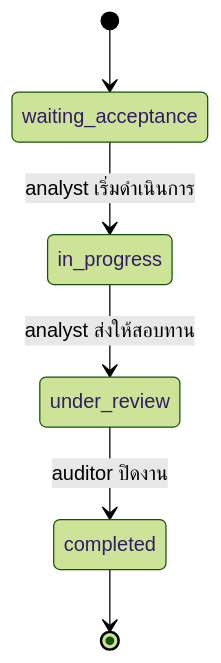
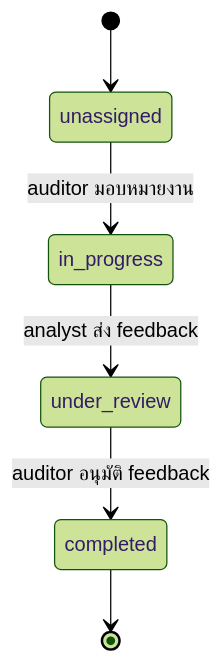
Before and after one commit to Chain361/FinRisk-Backend: the second of 3 diagrams in docs/ARCHITECTURE.md, drawn with Mermaid (forest theme). The commit also changed other lines of this file and 7 other files, not shown here.

````diff
--- a/docs/ARCHITECTURE.md
+++ b/docs/ARCHITECTURE.md
@@ -130,8 +130,8 @@
 ```mermaid
 stateDiagram-v2
-  [*] --> waiting_acceptance
-  waiting_acceptance --> in_progress: analyst เริ่มดำเนินการ
-  in_progress --> under_review: analyst ส่งให้สอบทาน
-  under_review --> completed: auditor ปิดงาน
+  [*] --> unassigned
+  unassigned --> in_progress: auditor มอบหมายงาน
+  in_progress --> under_review: analyst ส่ง feedback
+  under_review --> completed: auditor อนุมัติ feedback
   completed --> [*]
 ```
````
